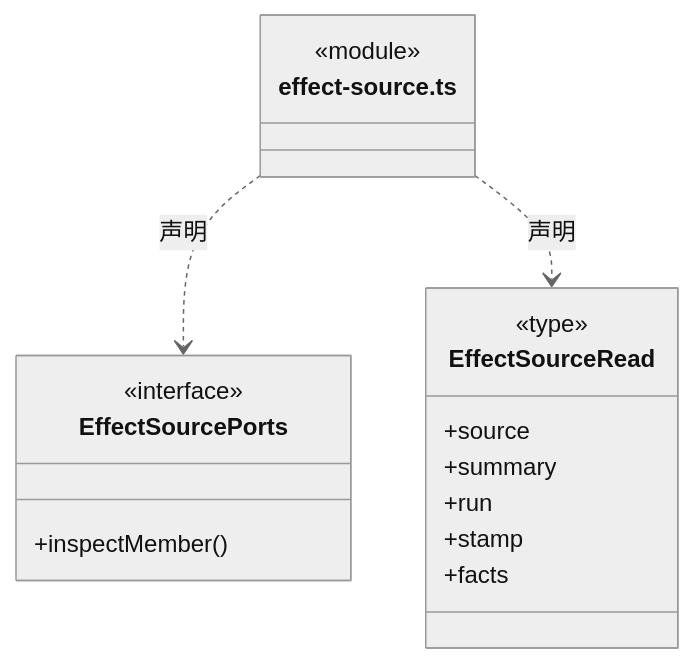
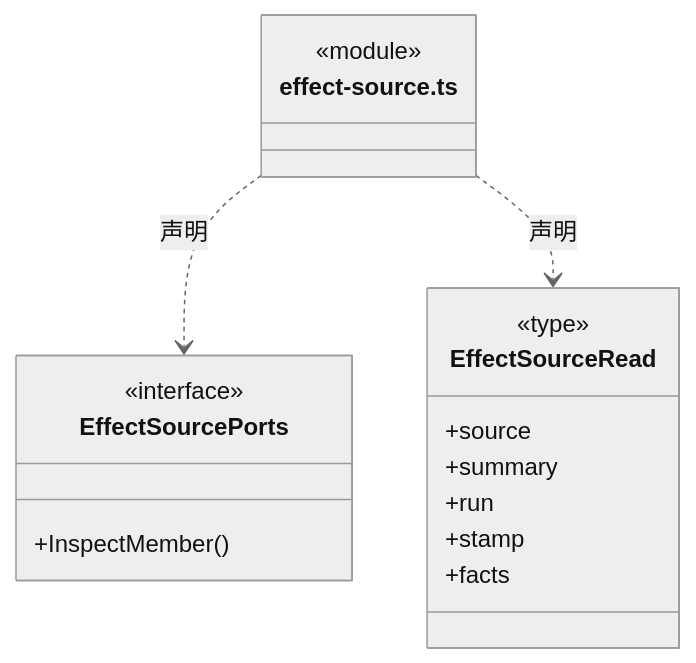
The tenth of 23 diagrams in src/logic/evidence/runtime/ARCHITECTURE.md (nan023062/cbim), drawn with Mermaid (neutral theme) before and after one commit. The commit also changed other lines of this file and 1035 other files, not shown here.

````diff
--- a/src/logic/evidence/runtime/ARCHITECTURE.md
+++ b/src/logic/evidence/runtime/ARCHITECTURE.md
@@ -242,20 +242,20 @@
 ```mermaid
 classDiagram
 class N_src_logic_evidence_runtime_effect_source_ts["effect-source.ts"] {
   <<module>>
 }
 class N_src_logic_evidence_runtime_effect_source_ts_EffectSourcePorts["EffectSourcePorts"] {
   <<interface>>
-  +inspectMember()
+  +InspectMember()
 }
 N_src_logic_evidence_runtime_effect_source_ts ..> N_src_logic_evidence_runtime_effect_source_ts_EffectSourcePorts : 声明
 class N_src_logic_evidence_runtime_effect_source_ts_EffectSourceRead["EffectSourceRead"] {
   <<type>>
   +source
   +summary
   +run
   +stamp
   +facts
 }
 N_src_logic_evidence_runtime_effect_source_ts ..> N_src_logic_evidence_runtime_effect_source_ts_EffectSourceRead : 声明
 ```
````
